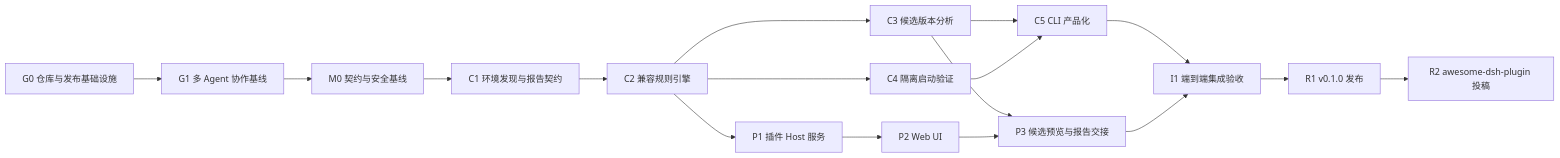
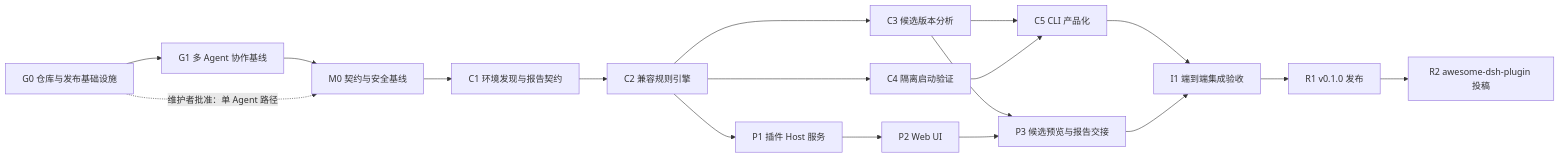
The diagram in docs/03-milestones.md (certainlyForgiveHer/dsh-compat-suite), drawn with Mermaid before and after one commit. The commit also changed other lines of this file and 5 other files, not shown here.

````diff
--- a/docs/03-milestones.md
+++ b/docs/03-milestones.md
@@ -21,21 +23,22 @@
 ```mermaid
 flowchart LR
     G0["G0 仓库与发布基础设施"] --> G1["G1 多 Agent 协作基线"]
     G1 --> M0["M0 契约与安全基线"]
+    G0 -. "维护者批准：单 Agent 路径" .-> M0
     M0 --> C1["C1 环境发现与报告契约"]
     C1 --> C2["C2 兼容规则引擎"]
     C2 --> C3["C3 候选版本分析"]
     C2 --> C4["C4 隔离启动验证"]
     C3 --> C5["C5 CLI 产品化"]
     C4 --> C5
 
     C2 --> P1["P1 插件 Host 服务"]
     P1 --> P2["P2 Web UI"]
     C3 --> P3["P3 候选预览与报告交接"]
     P2 --> P3
 
     C5 --> I1["I1 端到端集成验收"]
     P3 --> I1
     I1 --> R1["R1 v0.1.0 发布"]
     R1 --> R2["R2 awesome-dsh-plugin 投稿"]
 ```
````
